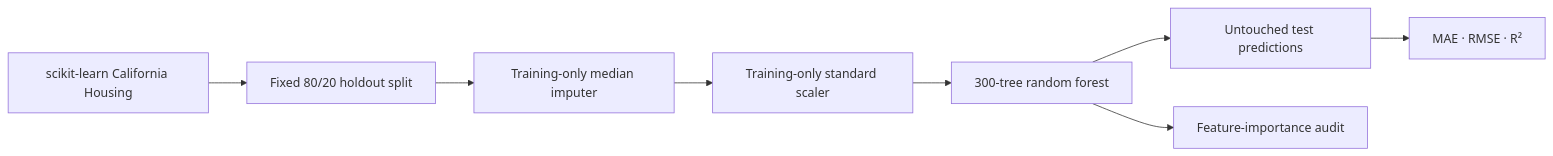
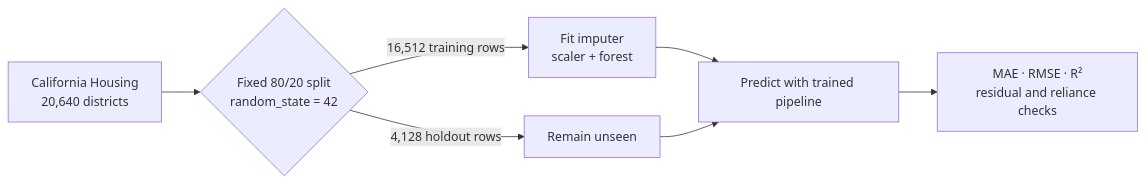
Before and after one commit to CHAITANYA-2002/machine-learning-projects: the first of 3 diagrams in 03-california-housing/README.md, drawn with Mermaid. The commit also changed other lines of this file and 109 other files, not shown here.

````diff
--- a/03-california-housing/README.md
+++ b/03-california-housing/README.md
@@ -41,10 +83,9 @@
 ```mermaid
 flowchart LR
-    A[scikit-learn California Housing] --> B[Fixed 80/20 holdout split]
-    B --> C[Training-only median imputer]
-    C --> D[Training-only standard scaler]
-    D --> E[300-tree random forest]
-    E --> F[Untouched test predictions]
-    F --> G[MAE · RMSE · R²]
-    E --> H[Feature-importance audit]
+    A[California Housing<br/>20,640 districts] --> B{Fixed 80/20 split<br/>random_state = 42}
+    B -->|16,512 training rows| C[Fit imputer<br/>scaler + forest]
+    B -->|4,128 holdout rows| D[Remain unseen]
+    C --> E[Predict with trained pipeline]
+    D --> E
+    E --> F[MAE · RMSE · R²<br/>residual and reliance checks]
 ```
````
